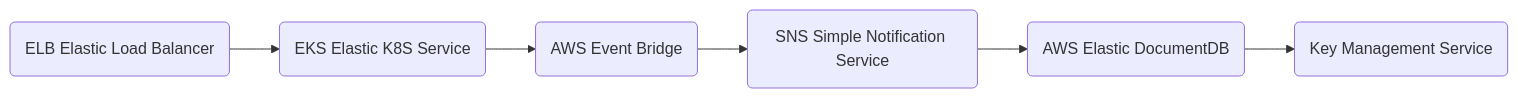
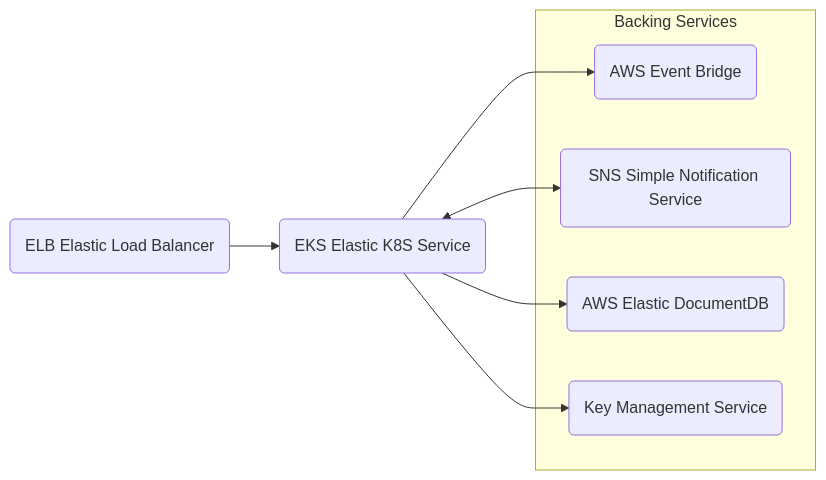
One commit to agile-learning-institute/mentorHub changed the second of 5 diagrams in specifications/ARCHITECTURE.md. Above: the diagram before and after it, drawn with Mermaid. The commit also changed other lines of this file, not shown here.

Commit message:
Described Release Management

````diff
--- a/specifications/ARCHITECTURE.md
+++ b/specifications/ARCHITECTURE.md
@@ -116,10 +116,16 @@
 ```mermaid
 flowchart LR
     ELB(ELB Elastic Load Balancer)
     --> EKS(EKS Elastic K8S Service)
-    --> AEB(AWS Event Bridge)
-    --> SNS(SNS Simple Notification Service)
-    --> EDB(AWS Elastic DocumentDB)
-    --> KMS(Key Management Service)
+    EKS --> AEB(AWS Event Bridge)
+    EKS <--> SNS(SNS Simple Notification Service)
+    EKS --> EDB(AWS Elastic DocumentDB)
+    EKS --> KMS(Key Management Service)
+    subgraph Backing Services
+        AEB
+        SNS
+        EDB
+        KMS
+    end
 
 ```
````
